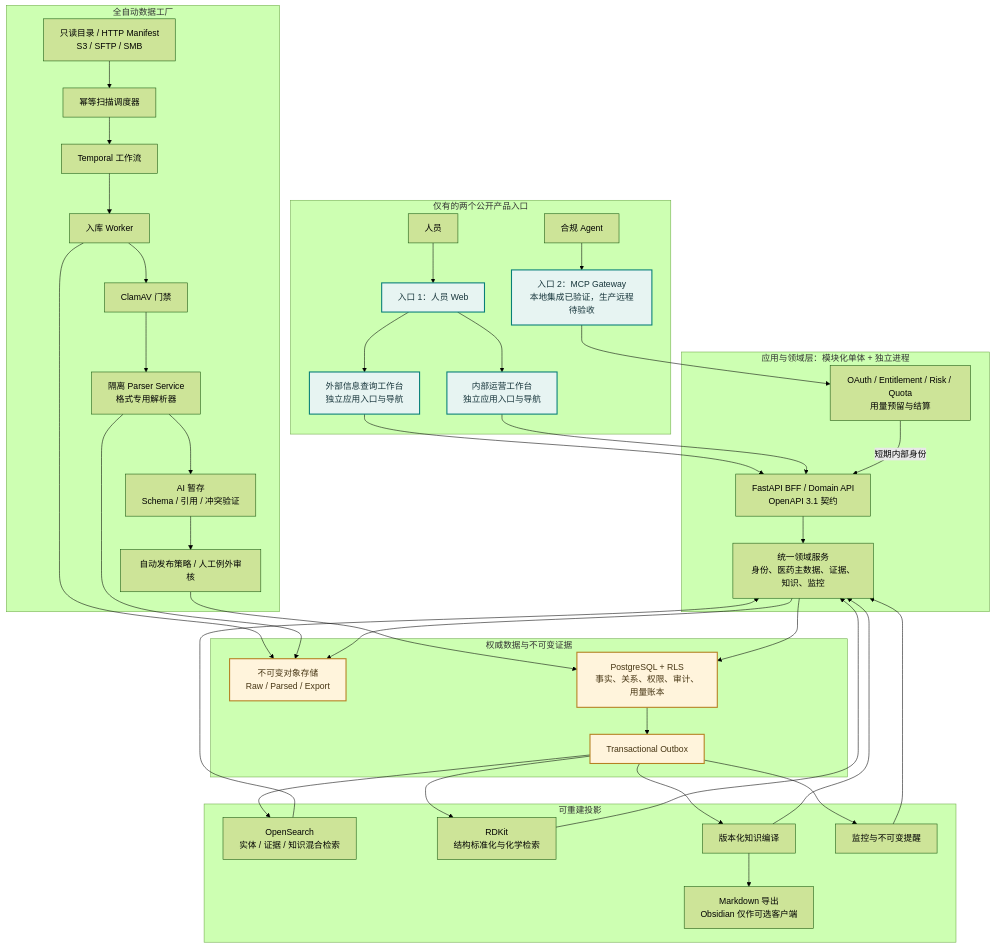
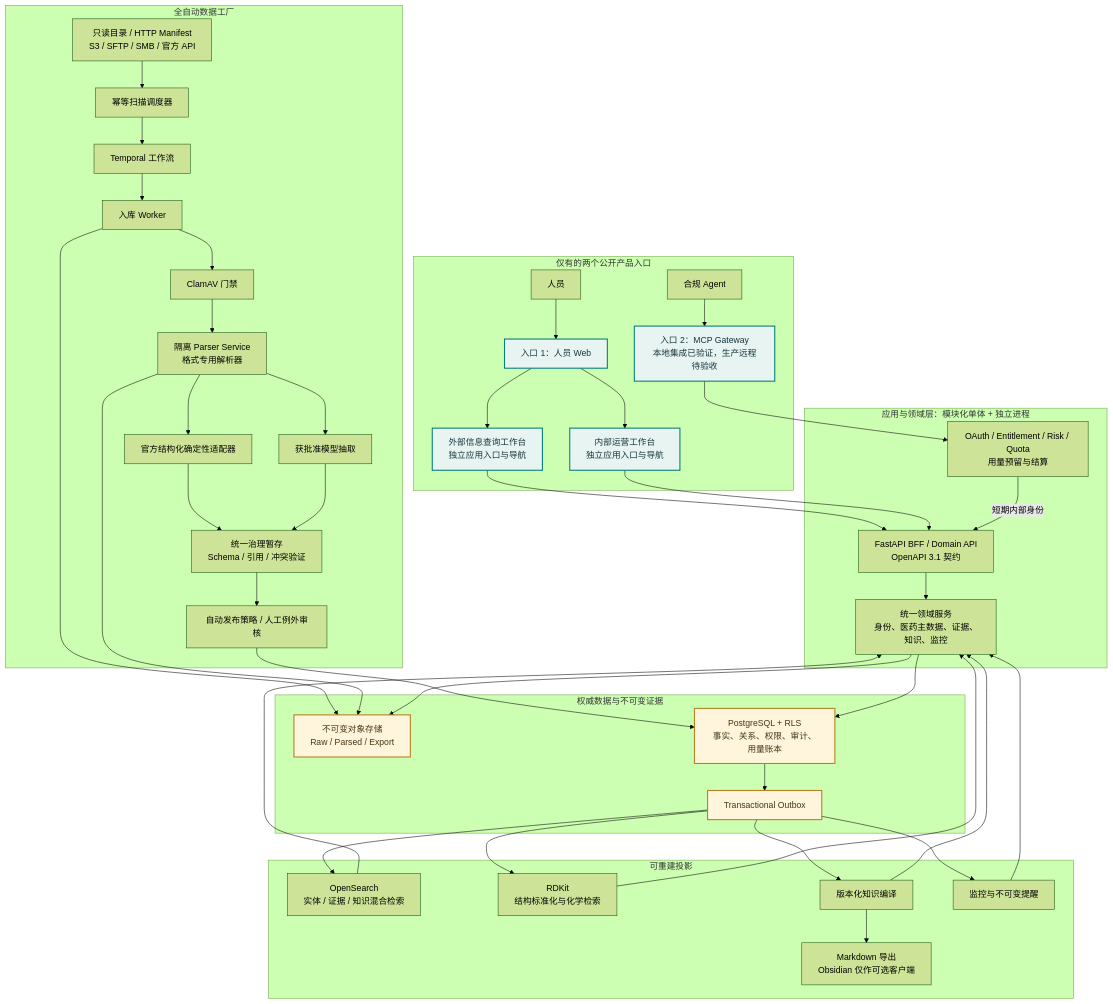
One commit to Victor-Xu-1/X-Pharma changed the first of 4 diagrams in docs/architecture.md. Above: the diagram before and after it, drawn with Mermaid (forest theme). The commit also changed other lines of this file and 62 other files, not shown here.

````diff
--- a/docs/architecture.md
+++ b/docs/architecture.md
@@ -31,62 +31,65 @@
 ```mermaid
 flowchart TB
     subgraph Public["仅有的两个公开产品入口"]
         Human["人员"] --> Web["入口 1：人员 Web"]
         Agent["合规 Agent"] --> MCP["入口 2：MCP Gateway<br/>本地集成已验证，生产远程待验收"]
         Web --> Research["外部信息查询工作台<br/>独立应用入口与导航"]
         Web --> Internal["内部运营工作台<br/>独立应用入口与导航"]
     end
 
     subgraph Application["应用与领域层：模块化单体 + 独立进程"]
         Research --> API["FastAPI BFF / Domain API<br/>OpenAPI 3.1 契约"]
         Internal --> API
         MCP --> Control["OAuth / Entitlement / Risk / Quota<br/>用量预留与结算"]
         Control -->|"短期内部身份"| API
         API --> Domain["统一领域服务<br/>身份、医药主数据、证据、知识、监控"]
     end
 
     subgraph Ingestion["全自动数据工厂"]
-        Sources["只读目录 / HTTP Manifest<br/>S3 / SFTP / SMB"] --> Scheduler["幂等扫描调度器"]
+        Sources["只读目录 / HTTP Manifest<br/>S3 / SFTP / SMB / 官方 API"] --> Scheduler["幂等扫描调度器"]
         Scheduler --> Temporal["Temporal 工作流"]
         Temporal --> Worker["入库 Worker"]
         Worker --> AV["ClamAV 门禁"]
         AV --> Parser["隔离 Parser Service<br/>格式专用解析器"]
-        Parser --> Staging["AI 暂存<br/>Schema / 引用 / 冲突验证"]
+        Parser --> Deterministic["官方结构化确定性适配器"]
+        Parser --> Model["获批准模型抽取"]
+        Deterministic --> Staging["统一治理暂存<br/>Schema / 引用 / 冲突验证"]
+        Model --> Staging
         Staging --> Review["自动发布策略 / 人工例外审核"]
     end
 
     subgraph Authority["权威数据与不可变证据"]
         Object["不可变对象存储<br/>Raw / Parsed / Export"]
         PG["PostgreSQL + RLS<br/>事实、关系、权限、审计、用量账本"]
         Outbox["Transactional Outbox"]
     end
 
     subgraph Projections["可重建投影"]
         Search["OpenSearch<br/>实体 / 证据 / 知识混合检索"]
         Chemistry["RDKit<br/>结构标准化与化学检索"]
         Knowledge["版本化知识编译"]
         Markdown["Markdown 导出<br/>Obsidian 仅作可选客户端"]
         Alerts["监控与不可变提醒"]
     end
 
     Worker --> Object
     Parser --> Object
     Review --> PG
     Domain --> PG
     Domain --> Object
     PG --> Outbox
     Outbox --> Search
     Outbox --> Chemistry
     Outbox --> Knowledge
     Outbox --> Alerts
     Search --> Domain
     Chemistry --> Domain
     Knowledge --> Domain
     Knowledge --> Markdown
     Alerts --> Domain
 
     classDef publicNode fill:#e7f4f2,stroke:#087f78,color:#17353b,stroke-width:2px;
     classDef authorityNode fill:#fff4dc,stroke:#b58122,color:#473614,stroke-width:2px;
     class Web,MCP,Research,Internal publicNode;
     class PG,Object,Outbox authorityNode;
 ```
````
